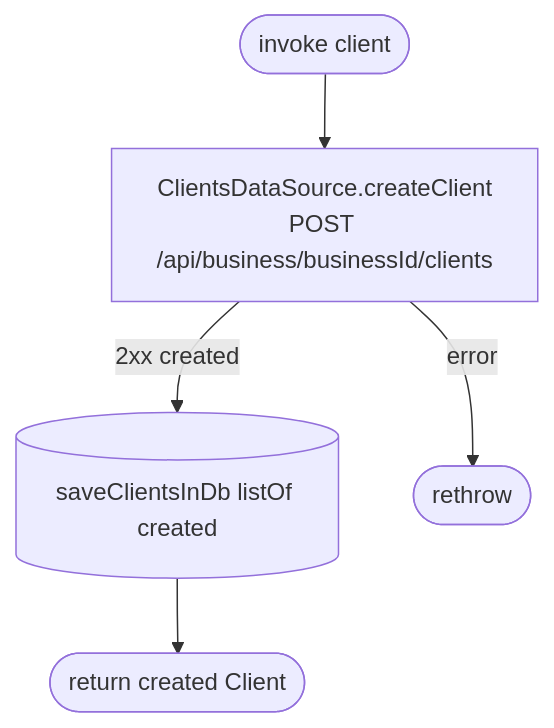
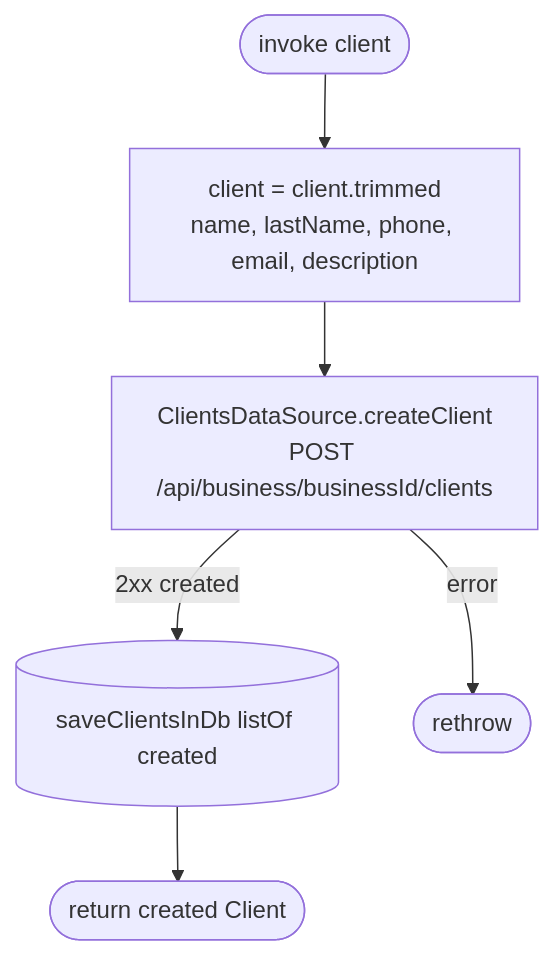
The diagram in docs/operations/clients/create-client.md (nocturneproperties/bookkme-client), drawn with Mermaid before and after one commit. The commit also changed other lines of this file and 39 other files, not shown here.

````diff
--- a/docs/operations/clients/create-client.md
+++ b/docs/operations/clients/create-client.md
@@ -11,7 +11,8 @@
 ```mermaid
 flowchart TD
-    Start([invoke client]) --> Net[ClientsDataSource.createClient<br/>POST /api/business/businessId/clients]
+    Start([invoke client]) --> Trim[client = client.trimmed<br/>name, lastName, phone, email, description]
+    Trim --> Net[ClientsDataSource.createClient<br/>POST /api/business/businessId/clients]
     Net -- 2xx created --> Save[(saveClientsInDb listOf created)]
     Save --> R([return created Client])
     Net -- error --> EX([rethrow])
 ```
````
